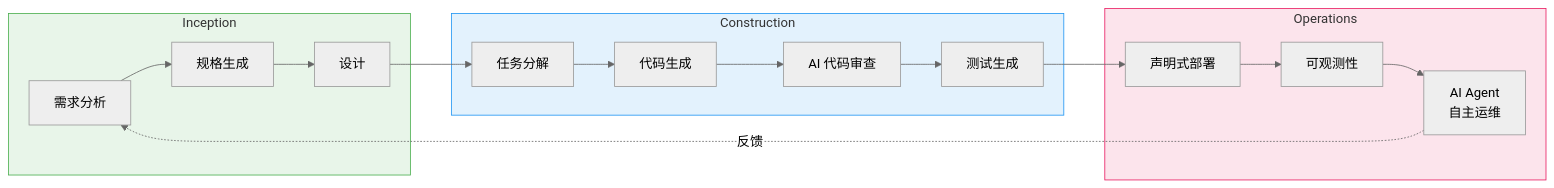
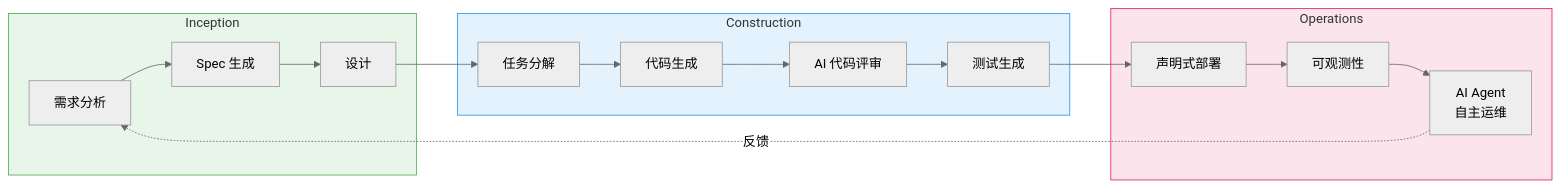
One commit to devfloor9/engineering-playbook changed the first of 3 diagrams in i18n/zh/docusaurus-plugin-content-docs/current/aiops-aidlc/aidlc-framework.md. Above: the diagram before and after it, drawn with Mermaid (neutral theme). The commit also changed other lines of this file and 43 other files, not shown here.

````diff
--- a/i18n/zh/docusaurus-plugin-content-docs/current/aiops-aidlc/aidlc-framework.md
+++ b/i18n/zh/docusaurus-plugin-content-docs/current/aiops-aidlc/aidlc-framework.md
@@ -141,31 +139,31 @@
 ```mermaid
 graph LR
     subgraph Inception["Inception"]
         REQ["需求分析"]
-        SPEC["规格生成"]
+        SPEC["Spec 生成"]
         DESIGN["设计"]
     end
 
     subgraph Construction["Construction"]
         TASKS["任务分解"]
         CODE["代码生成"]
-        REVIEW["AI 代码审查"]
+        REVIEW["AI 代码评审"]
         TEST["测试生成"]
     end
 
     subgraph Operations["Operations"]
         DEPLOY["声明式部署"]
         OBSERVE["可观测性"]
         AGENT["AI Agent<br/>自主运维"]
     end
 
     REQ --> SPEC --> DESIGN --> TASKS
     TASKS --> CODE --> REVIEW --> TEST
     TEST --> DEPLOY --> OBSERVE --> AGENT
 
     AGENT -.->|反馈| REQ
 
     style Inception fill:#e8f5e9,stroke:#4caf50
     style Construction fill:#e3f2fd,stroke:#2196f3
     style Operations fill:#fce4ec,stroke:#e91e63
 ```
````
